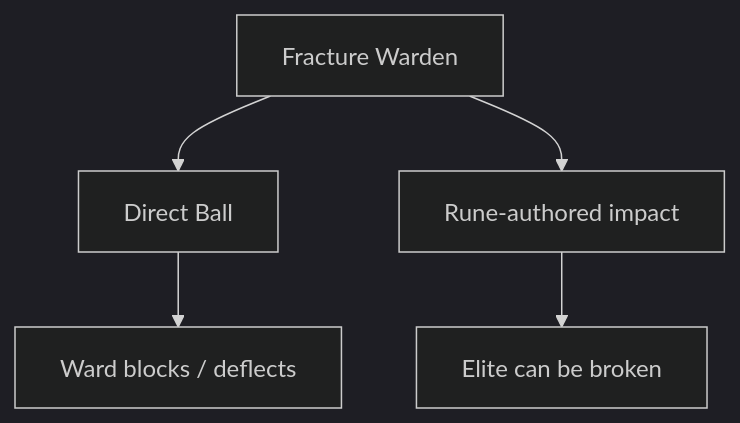
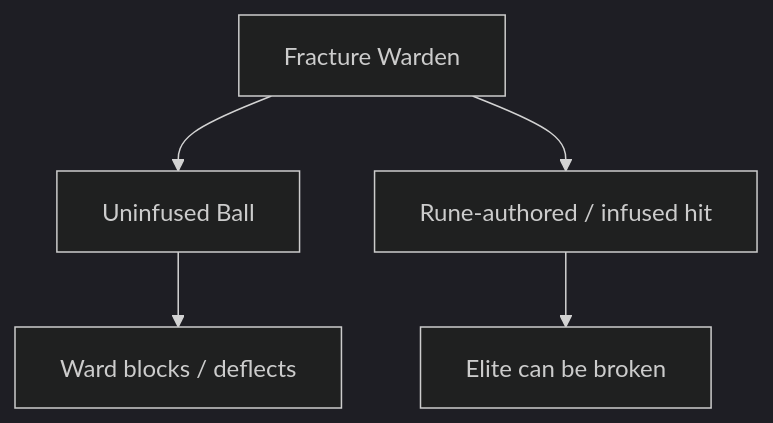
Before and after one commit to zeroLR/2D-game-playground: the third of 4 diagrams in docs/plans/rune-ball/P9-3-ENCOUNTER-MODIFIER-ELITE.md, drawn with Mermaid (dark theme). The commit also changed other lines of this file, not shown here.

Commit message:
docs(rune-ball): define P9.3.1 Elite solvability contract

````diff
--- a/docs/plans/rune-ball/P9-3-ENCOUNTER-MODIFIER-ELITE.md
+++ b/docs/plans/rune-ball/P9-3-ENCOUNTER-MODIFIER-ELITE.md
@@ -84,7 +87,7 @@
 ```mermaid
 flowchart TD
-    Elite[Fracture Warden] --> Ball[Direct Ball]
-    Elite --> Rune[Rune-authored impact]
+    Elite[Fracture Warden] --> Ball[Uninfused Ball]
+    Elite --> Rune[Rune-authored / infused hit]
     Ball --> Block[Ward blocks / deflects]
     Rune --> Break[Elite can be broken]
 ```
````
